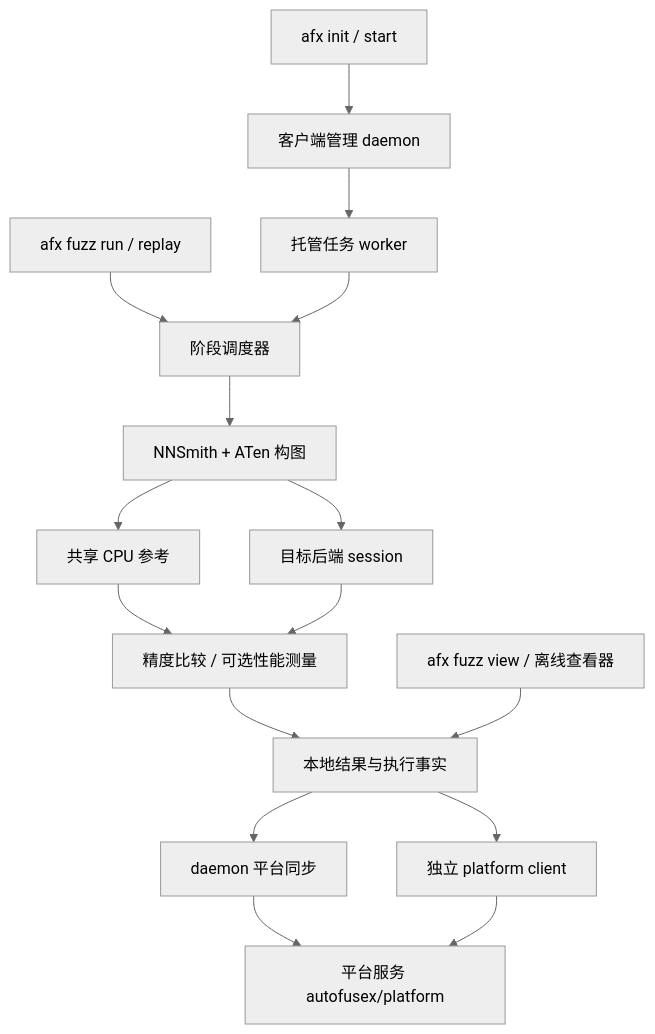
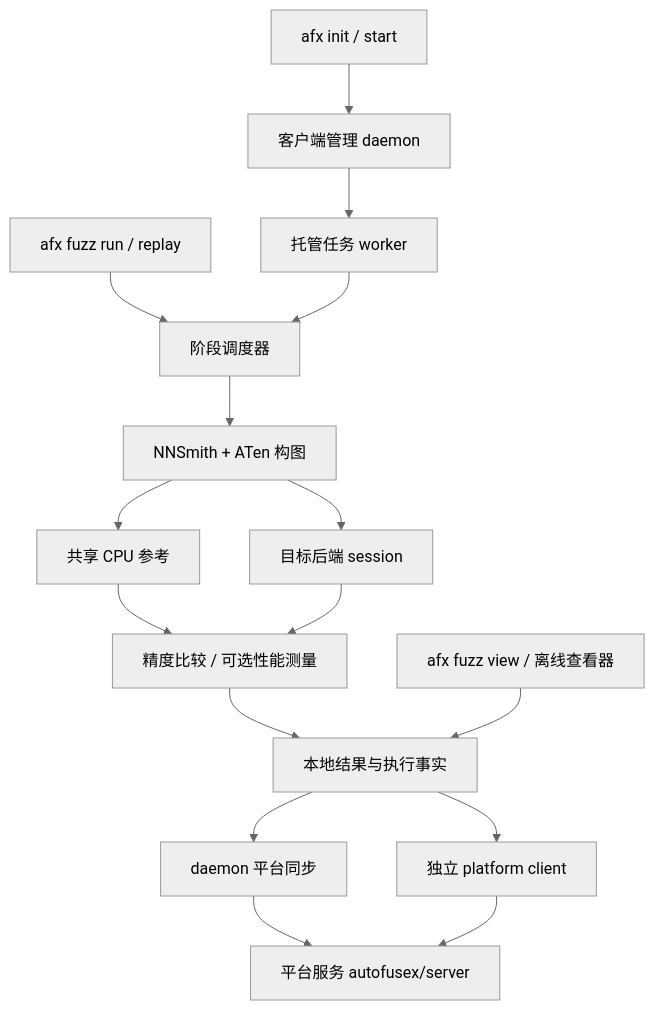
Before and after one commit to Intmanxzx/afx: the diagram in docs/fuzz/fuzz_design.md, drawn with Mermaid (neutral theme). The commit also changed other lines of this file and 424 other files, not shown here.

Commit message:
refactor: separate client server execution and workload packages

```diff
--- a/docs/fuzz/fuzz_design.md
+++ b/docs/fuzz/fuzz_design.md
@@ -18,18 +18,18 @@
 ~~~mermaid
 flowchart TD
     CLI[afx fuzz run / replay] --> Engine[阶段调度器]
     Entry[afx init / start] --> Manager[客户端管理 daemon]
     Manager --> Run[托管任务 worker]
     Run --> Engine
     Engine --> Gen[NNSmith + ATen 构图]
     Gen --> CPU[共享 CPU 参考]
     Gen --> NPU[目标后端 session]
     CPU --> Compare[精度比较 / 可选性能测量]
     NPU --> Compare
     Compare --> DB[本地结果与执行事实]
     DB --> Sync[daemon 平台同步]
-    Sync --> Platform[平台服务 autofusex/platform]
+    Sync --> Platform[平台服务 autofusex/server]
     DB --> PlatformClient[独立 platform client]
-    PlatformClient --> Platform[平台服务 autofusex/platform]
+    PlatformClient --> Platform[平台服务 autofusex/server]
     View[afx fuzz view / 离线查看器] --> DB
 ~~~
```
